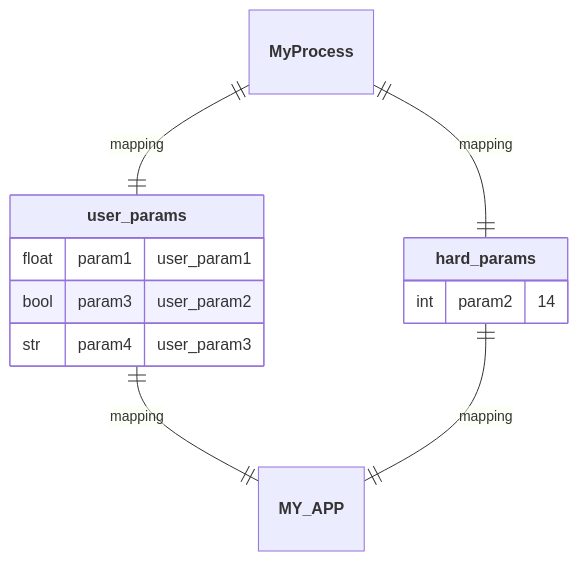
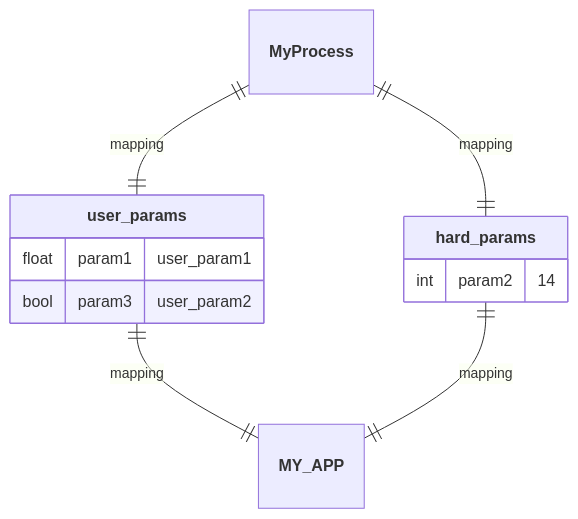
Before and after one commit to nuremics/nuremics: the seventh of 11 diagrams in README.md, drawn with Mermaid. The commit also changed other lines of this file, not shown here.

````diff
--- a/README.md
+++ b/README.md
@@ -191,16 +213,15 @@
 ```mermaid
 erDiagram
   **MyProcess** ||--|| **user_params** : mapping
   **MyProcess** ||--|| **hard_params** : mapping
   **user_params** ||--|| **MY_APP** : mapping
   **hard_params** ||--|| **MY_APP** : mapping
 
   **user_params** {
     float param1 "user_param1"
     bool param3 "user_param2"
-    str param4 "user_param3"
   }
   **hard_params** {
     int param2 "14"
   }
 ```
````
